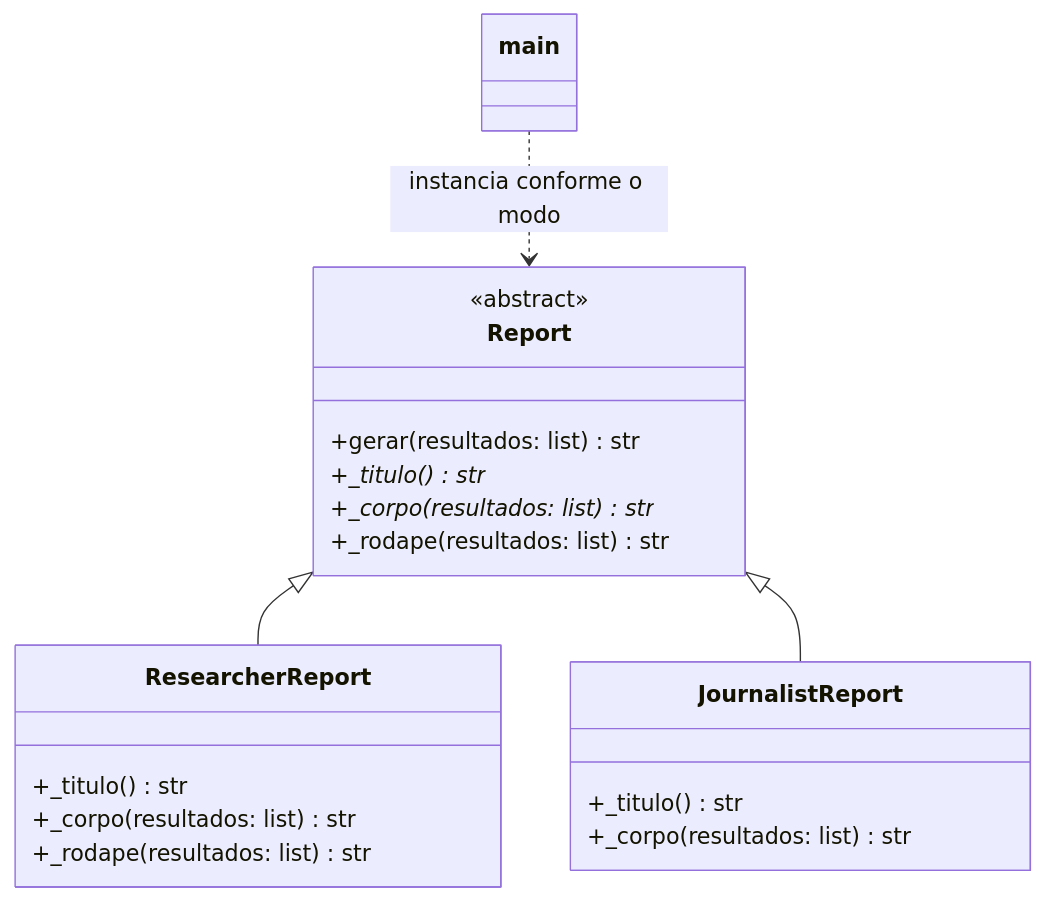
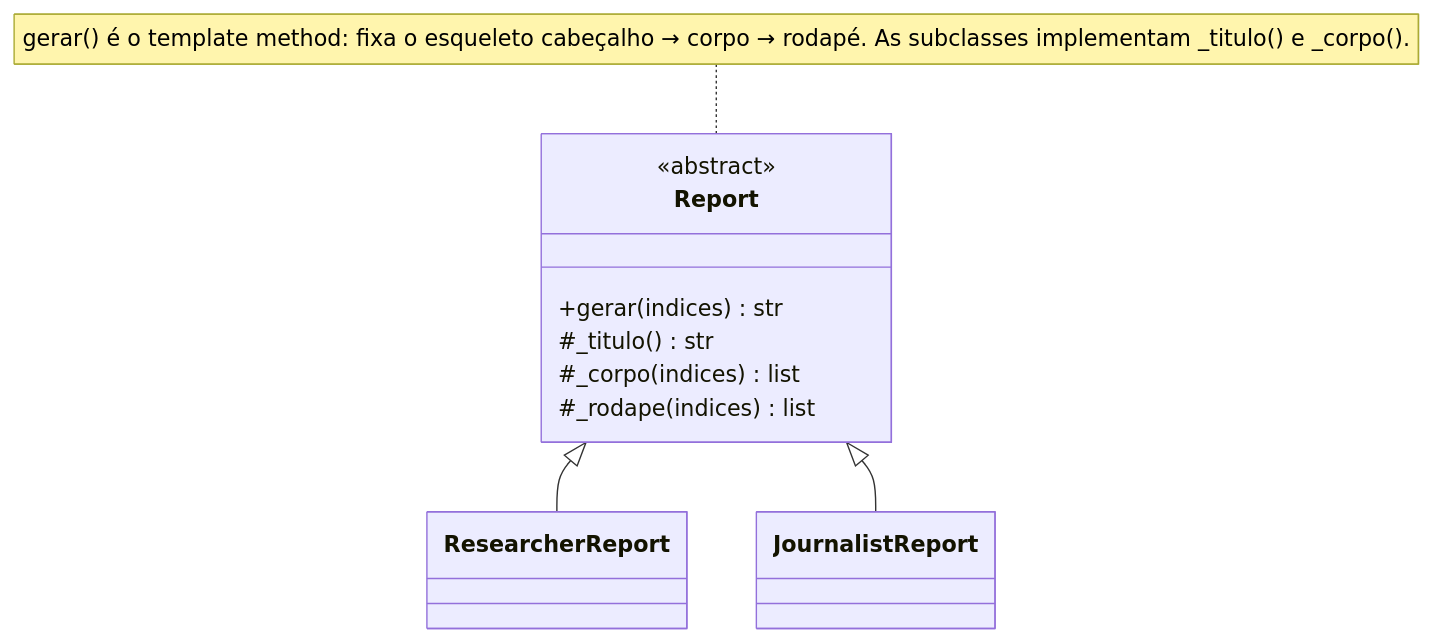
The fourth of 4 diagrams in docs/arquitetura.md (ArthurFSPalma/ENCO6A-A3), drawn with Mermaid before and after one commit. The commit also changed other lines of this file, not shown here.

````diff
--- a/docs/arquitetura.md
+++ b/docs/arquitetura.md
@@ -136,25 +154,13 @@
 ```mermaid
 classDiagram
     class Report {
         <<abstract>>
-        +gerar(resultados: list) str
-        +_titulo()* str
-        +_corpo(resultados: list)* str
-        +_rodape(resultados: list) str
+        +gerar(indices) str
+        #_titulo() str
+        #_corpo(indices) list
+        #_rodape(indices) list
     }
-
-    class ResearcherReport {
-        +_titulo() str
-        +_corpo(resultados: list) str
-        +_rodape(resultados: list) str
-    }
-
-    class JournalistReport {
-        +_titulo() str
-        +_corpo(resultados: list) str
-    }
-
     Report <|-- ResearcherReport
     Report <|-- JournalistReport
-    main ..> Report : instancia conforme o modo
+    note for Report "gerar() é o template method: fixa o esqueleto cabeçalho → corpo → rodapé. As subclasses implementam _titulo() e _corpo()."
 ```
````
